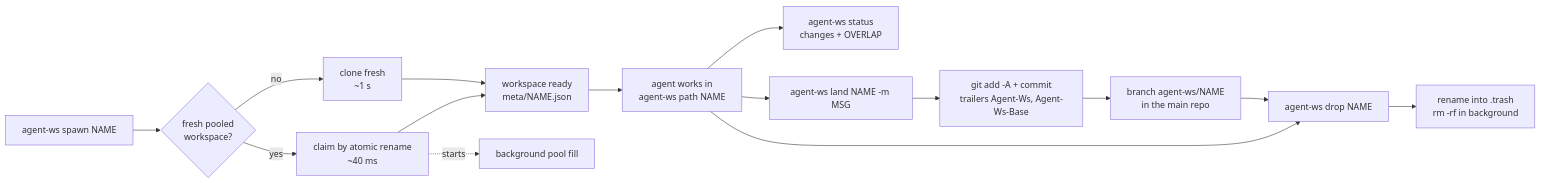
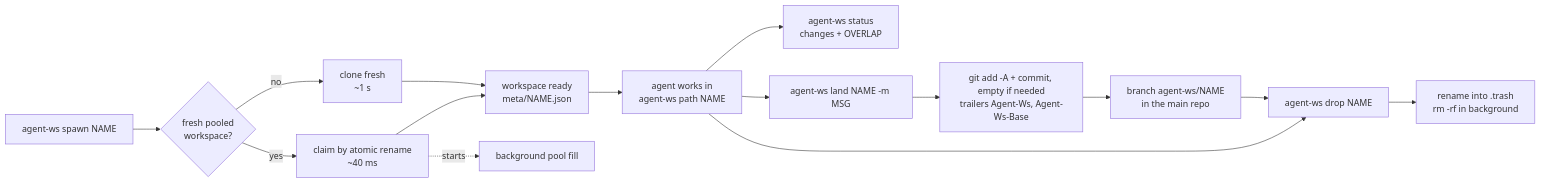
The first of 3 diagrams in README.md (mendoanjoe/agent-ws), drawn with Mermaid before and after one commit. The commit also changed other lines of this file and 5 other files, not shown here.

````diff
--- a/README.md
+++ b/README.md
@@ -28,17 +28,17 @@
 ```mermaid
 flowchart LR
     A[agent-ws spawn NAME] --> B{fresh pooled<br/>workspace?}
     B -- yes --> C[claim by atomic rename<br/>~40 ms]
     B -- no --> D[clone fresh<br/>~1 s]
     C --> E[workspace ready<br/>meta/NAME.json]
     D --> E
     C -. starts .-> R[background pool fill]
     E --> W[agent works in<br/>agent-ws path NAME]
     W --> S[agent-ws status<br/>changes + OVERLAP]
     W --> L[agent-ws land NAME -m MSG]
     W --> X[agent-ws drop NAME]
-    L --> L1[git add -A + commit<br/>trailers Agent-Ws, Agent-Ws-Base]
+    L --> L1[git add -A + commit, empty if needed<br/>trailers Agent-Ws, Agent-Ws-Base]
     L1 --> L2[branch agent-ws/NAME<br/>in the main repo]
     L2 --> X
     X --> T[rename into .trash<br/>rm -rf in background]
 ```
````
